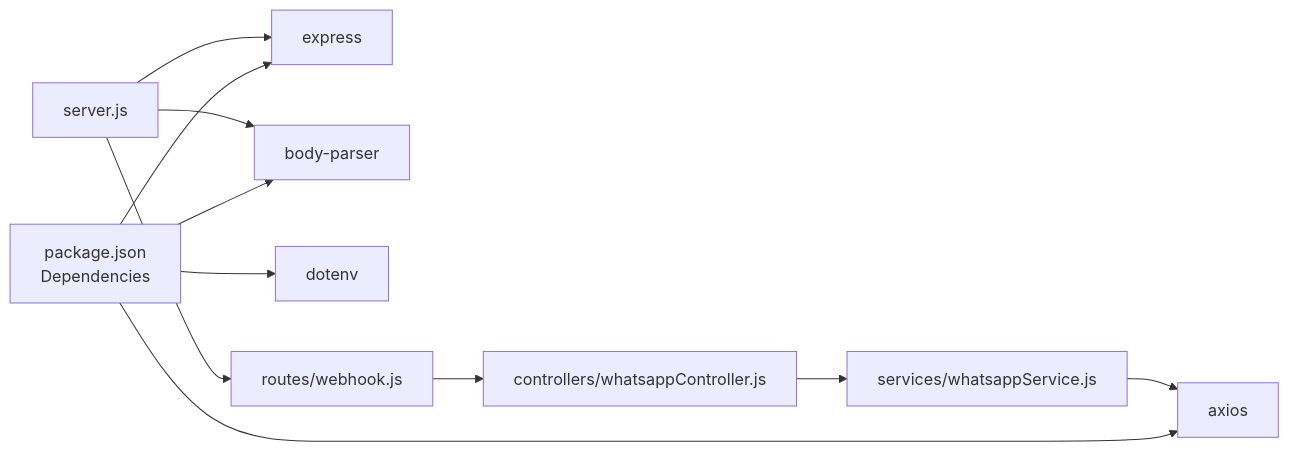
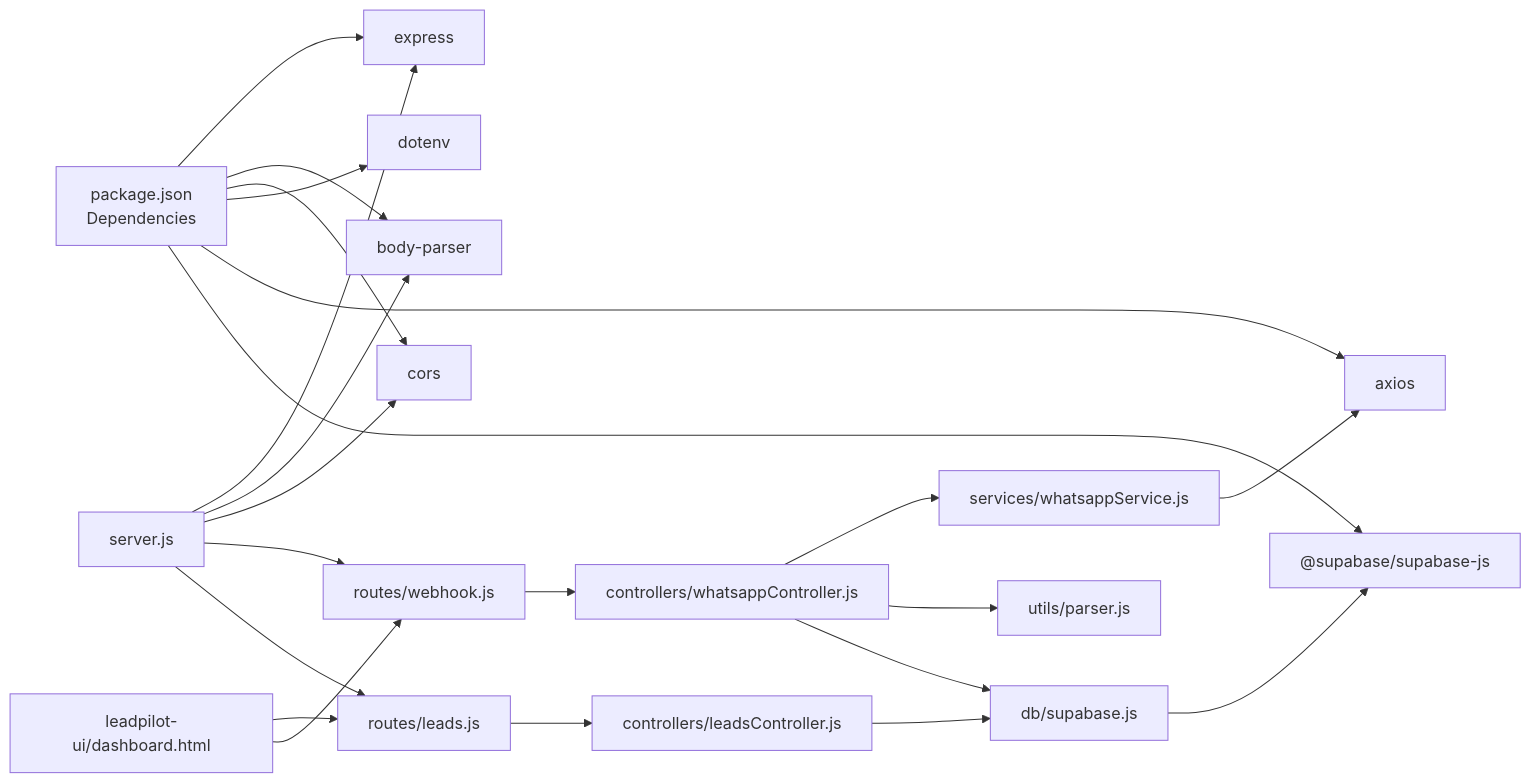
One commit to hariom-wdsadhunik/SaaS-Project changed the third of 3 diagrams in .qoder/repowiki/en/content/API Reference.md. Above: the diagram before and after it, drawn with Mermaid. The commit also changed other lines of this file and 13 other files, not shown here.

````diff
--- a/.qoder/repowiki/en/content/API Reference.md
+++ b/.qoder/repowiki/en/content/API Reference.md
@@ -221,13 +484,24 @@
 ```mermaid
 graph LR
 Pkg["package.json<br/>Dependencies"] --> Express["express"]
 Pkg --> BodyParser["body-parser"]
+Pkg --> Cors["cors"]
 Pkg --> Dotenv["dotenv"]
 Pkg --> Axios["axios"]
+Pkg --> Supabase["@supabase/supabase-js"]
 Server["server.js"] --> Express
 Server --> BodyParser
-Server --> Routes["routes/webhook.js"]
-Routes --> Controller["controllers/whatsappController.js"]
-Controller --> Service["services/whatsappService.js"]
-Service --> Axios
+Server --> Cors
+Server --> RoutesWebhook["routes/webhook.js"]
+Server --> RoutesLeads["routes/leads.js"]
+RoutesWebhook --> ControllerWebhook["controllers/whatsappController.js"]
+RoutesLeads --> ControllerLeads["controllers/leadsController.js"]
+ControllerWebhook --> ServiceWhatsApp["services/whatsappService.js"]
+ControllerWebhook --> Parser["utils/parser.js"]
+ControllerWebhook --> Database["db/supabase.js"]
+ControllerLeads --> Database
+ServiceWhatsApp --> Axios
+Database --> Supabase
+UI["leadpilot-ui/dashboard.html"] --> RoutesLeads
+UI --> RoutesWebhook
 ```
````
